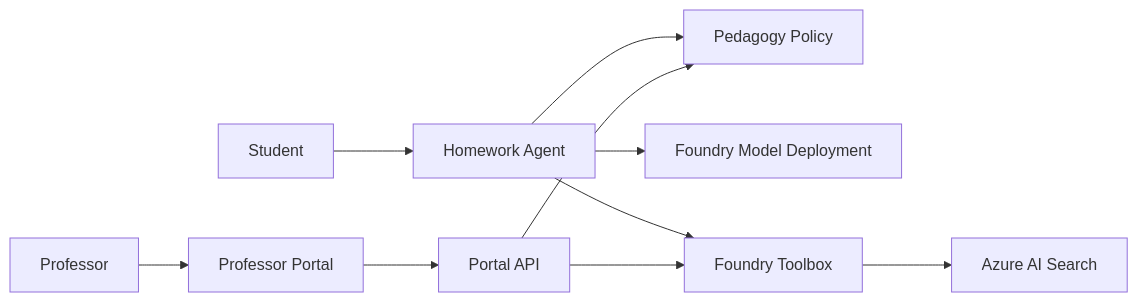
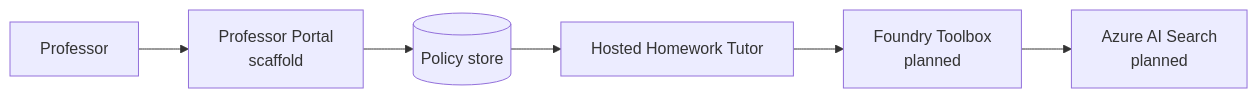
The second of 3 diagrams in docs/architecture.md (dbruun/edu-cohort-homework), drawn with Mermaid before and after one commit. The commit also changed other lines of this file and 4 other files, not shown here.

Commit message:
Revise architecture, configuration, usage, and troubleshooting documentation for clarity and accuracy; update pedagogy policy details and deployment instructions.

````diff
--- a/docs/architecture.md
+++ b/docs/architecture.md
@@ -7,12 +20,8 @@
 ```mermaid
 flowchart LR
-  Student[Student] --> Agent[Homework Agent]
-  Agent --> Policy[Pedagogy Policy]
-  Agent --> Model[Foundry Model Deployment]
-  Agent --> Toolbox[Foundry Toolbox]
-  Toolbox --> Search[Azure AI Search]
-  Professor[Professor] --> Portal[Professor Portal]
-  Portal --> API[Portal API]
-  API --> Policy
-  API --> Toolbox
+  Professor[Professor] --> Portal[Professor Portal<br/>scaffold]
+  Portal --> PolicyStore[(Policy store)]
+  PolicyStore --> Agent[Hosted Homework Tutor]
+  Agent --> Toolbox[Foundry Toolbox<br/>planned]
+  Toolbox --> Search[Azure AI Search<br/>planned]
 ```
````
